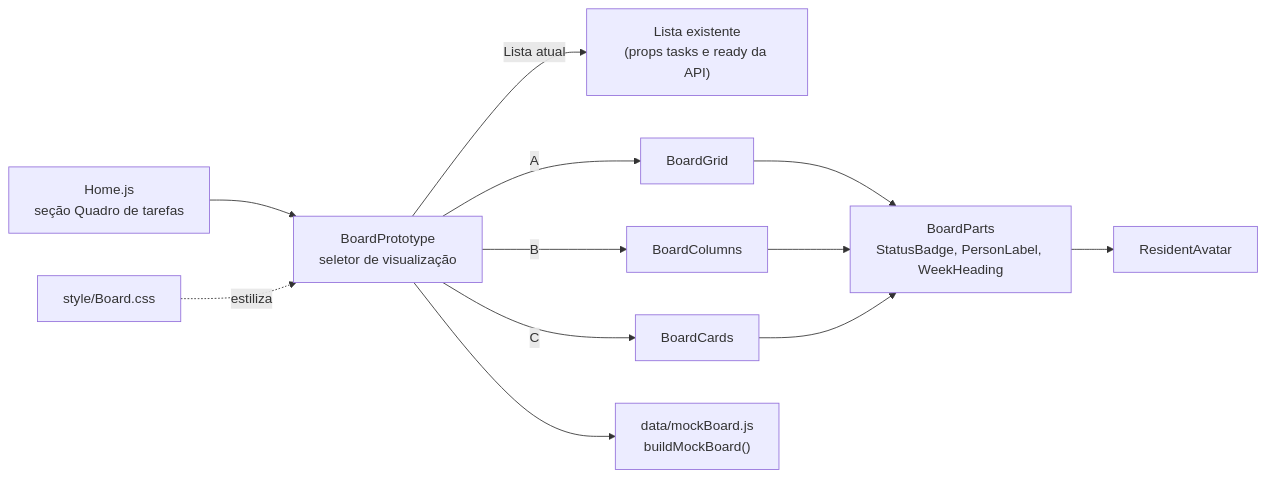
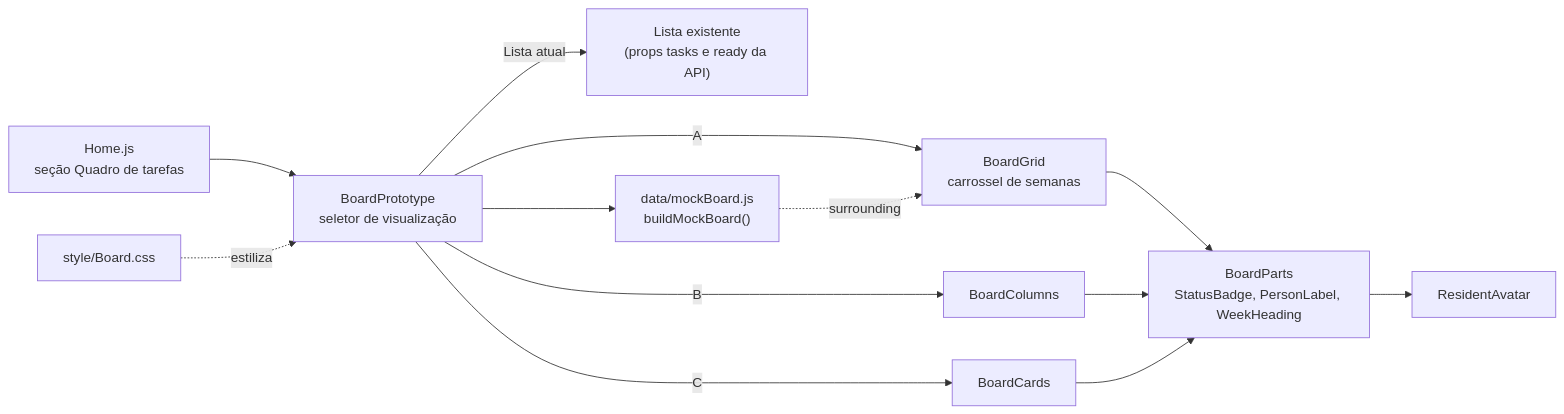
The diagram in docs/arquitetura/quadro-semanal.md (EzequielOrlanes/aptask), drawn with Mermaid before and after one commit. The commit also changed other lines of this file and 5 other files, not shown here.

````diff
--- a/docs/arquitetura/quadro-semanal.md
+++ b/docs/arquitetura/quadro-semanal.md
@@ -5,14 +5,15 @@
 ```mermaid
 flowchart LR
     Home["Home.js<br/>seção Quadro de tarefas"] --> BP["BoardPrototype<br/>seletor de visualização"]
     BP -->|Lista atual| Lista["Lista existente<br/>(props tasks e ready da API)"]
-    BP -->|A| Grid["BoardGrid"]
+    BP -->|A| Grid["BoardGrid<br/>carrossel de semanas"]
     BP -->|B| Cols["BoardColumns"]
     BP -->|C| Cards["BoardCards"]
     BP --> Mock["data/mockBoard.js<br/>buildMockBoard()"]
+    Mock -.surrounding.-> Grid
     Grid --> Parts["BoardParts<br/>StatusBadge, PersonLabel, WeekHeading"]
     Cols --> Parts
     Cards --> Parts
     Parts --> Avatar["ResidentAvatar"]
     Board["style/Board.css"] -.estiliza.-> BP
 ```
````
